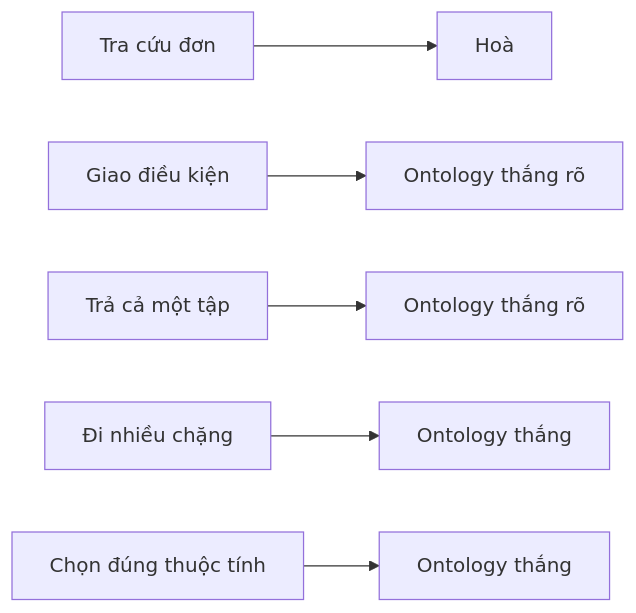
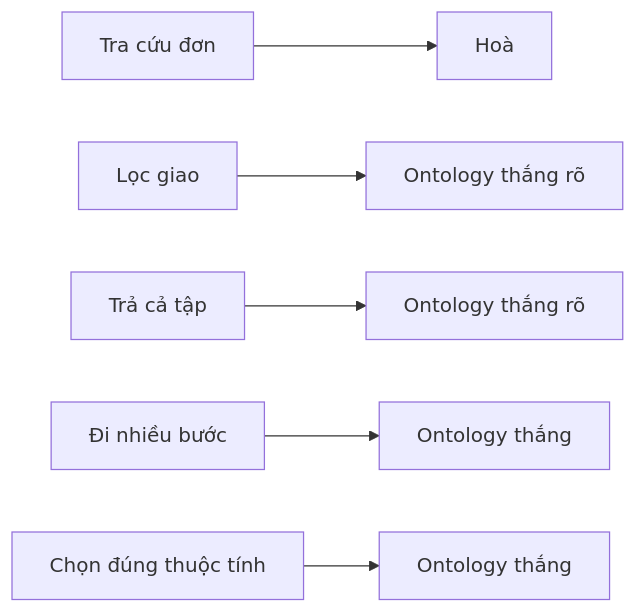
One commit to vpthinh19/ontology-chatbot changed the tenth of 10 diagrams in docs/CONCEPT.md. Above: the diagram before and after it, drawn with Mermaid. The commit also changed other lines of this file, not shown here.

````diff
--- a/docs/CONCEPT.md
+++ b/docs/CONCEPT.md
@@ -503,8 +430,8 @@
 ```mermaid
 flowchart LR
     T1["Tra cứu đơn"] --> R1["Hoà"]
-    T2["Giao điều kiện"] --> R2["Ontology thắng rõ"]
-    T3["Trả cả một tập"] --> R3["Ontology thắng rõ"]
-    T4["Đi nhiều chặng"] --> R4["Ontology thắng"]
+    T2["Lọc giao"] --> R2["Ontology thắng rõ"]
+    T3["Trả cả tập"] --> R3["Ontology thắng rõ"]
+    T4["Đi nhiều bước"] --> R4["Ontology thắng"]
     T5["Chọn đúng thuộc tính"] --> R5["Ontology thắng"]
 ```
````
